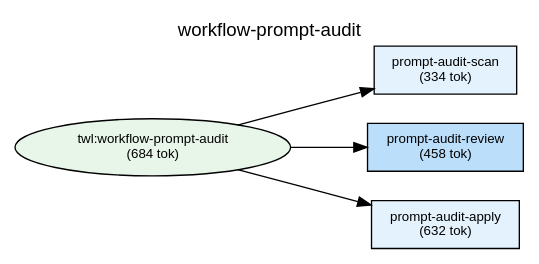
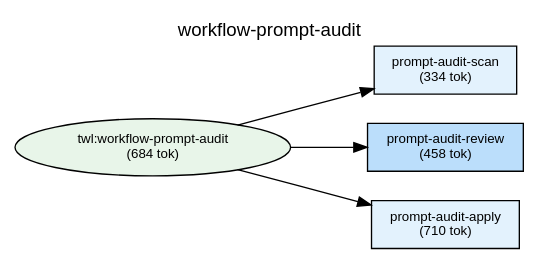
One commit to shuu5/twill changed the diagram in plugins/twl/docs/deps-workflow-prompt-audit.dot. Above: the diagram before and after it, drawn with Graphviz. The commit also changed 40 other files, not shown here.

```diff
--- a/plugins/twl/docs/deps-workflow-prompt-audit.dot
+++ b/plugins/twl/docs/deps-workflow-prompt-audit.dot
@@ -1,48 +1,48 @@
 digraph Dependencies {
     // Graph settings
     rankdir=LR;
     ranksep=0.8;
     nodesep=0.3;
     fontname="Helvetica";
     node [fontname="Helvetica", fontsize=10];
     edge [fontname="Helvetica", fontsize=9];
     label="workflow-prompt-audit";
     labelloc=t;
     fontsize=14;
 
     // L0: Controller Skills
 
     // L0: Launchers
 
     // L0.5: Workflow Skills
     skill_workflow_prompt_audit [label="twl:workflow-prompt-audit\n(684 tok)", shape=ellipse, style=filled, fillcolor="#e8f5e9"];
 
     // Reference Skills
 
     // L1: Direct Commands
     cmd_prompt_audit_scan [label="prompt-audit-scan\n(334 tok)", shape=box, style=filled, fillcolor="#e3f2fd"];
     cmd_prompt_audit_review [label="prompt-audit-review\n(458 tok)", shape=box, style=filled, fillcolor="#bbdefb"];
-    cmd_prompt_audit_apply [label="prompt-audit-apply\n(632 tok)", shape=box, style=filled, fillcolor="#e3f2fd"];
+    cmd_prompt_audit_apply [label="prompt-audit-apply\n(710 tok)", shape=box, style=filled, fillcolor="#e3f2fd"];
 
     // L2: Sub Commands
 
     // L3: Agents
 
     // L3.5: Scripts
 
     // L4: External
 
     // Layer constraints
     { rank=same; skill_workflow_prompt_audit; }
     { rank=same; cmd_prompt_audit_scan; cmd_prompt_audit_review; cmd_prompt_audit_apply; }
 
     // Edges
     skill_workflow_prompt_audit -> cmd_prompt_audit_scan;
     skill_workflow_prompt_audit -> cmd_prompt_audit_review;
     skill_workflow_prompt_audit -> cmd_prompt_audit_apply;
 
     // Ordering constraints (invisible edges)
     cmd_prompt_audit_scan -> cmd_prompt_audit_review [style=invis, weight=10];
     cmd_prompt_audit_review -> cmd_prompt_audit_apply [style=invis, weight=10];
 
 }
```
